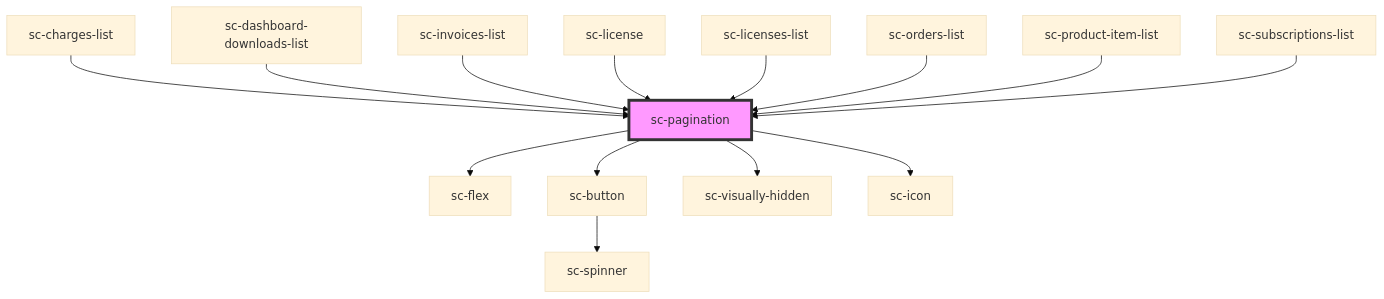
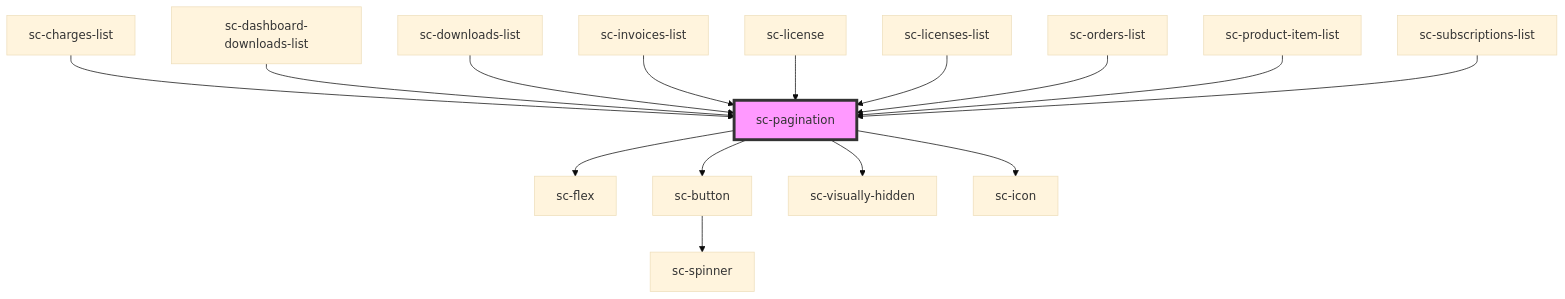
Before and after one commit to surecart/surecart-wp-plugin: the diagram in packages/components/src/components/ui/pagination/readme.md, drawn with Mermaid (base theme). The commit also changed other lines of this file and 22 other files, not shown here.

````diff
--- a/packages/components/src/components/ui/pagination/readme.md
+++ b/packages/components/src/components/ui/pagination/readme.md
@@ -48,17 +49,18 @@
 ```mermaid
 graph TD;
   sc-pagination --> sc-flex
   sc-pagination --> sc-button
   sc-pagination --> sc-visually-hidden
   sc-pagination --> sc-icon
   sc-button --> sc-spinner
   sc-charges-list --> sc-pagination
   sc-dashboard-downloads-list --> sc-pagination
+  sc-downloads-list --> sc-pagination
   sc-invoices-list --> sc-pagination
   sc-license --> sc-pagination
   sc-licenses-list --> sc-pagination
   sc-orders-list --> sc-pagination
   sc-product-item-list --> sc-pagination
   sc-subscriptions-list --> sc-pagination
   style sc-pagination fill:#f9f,stroke:#333,stroke-width:4px
 ```
````
